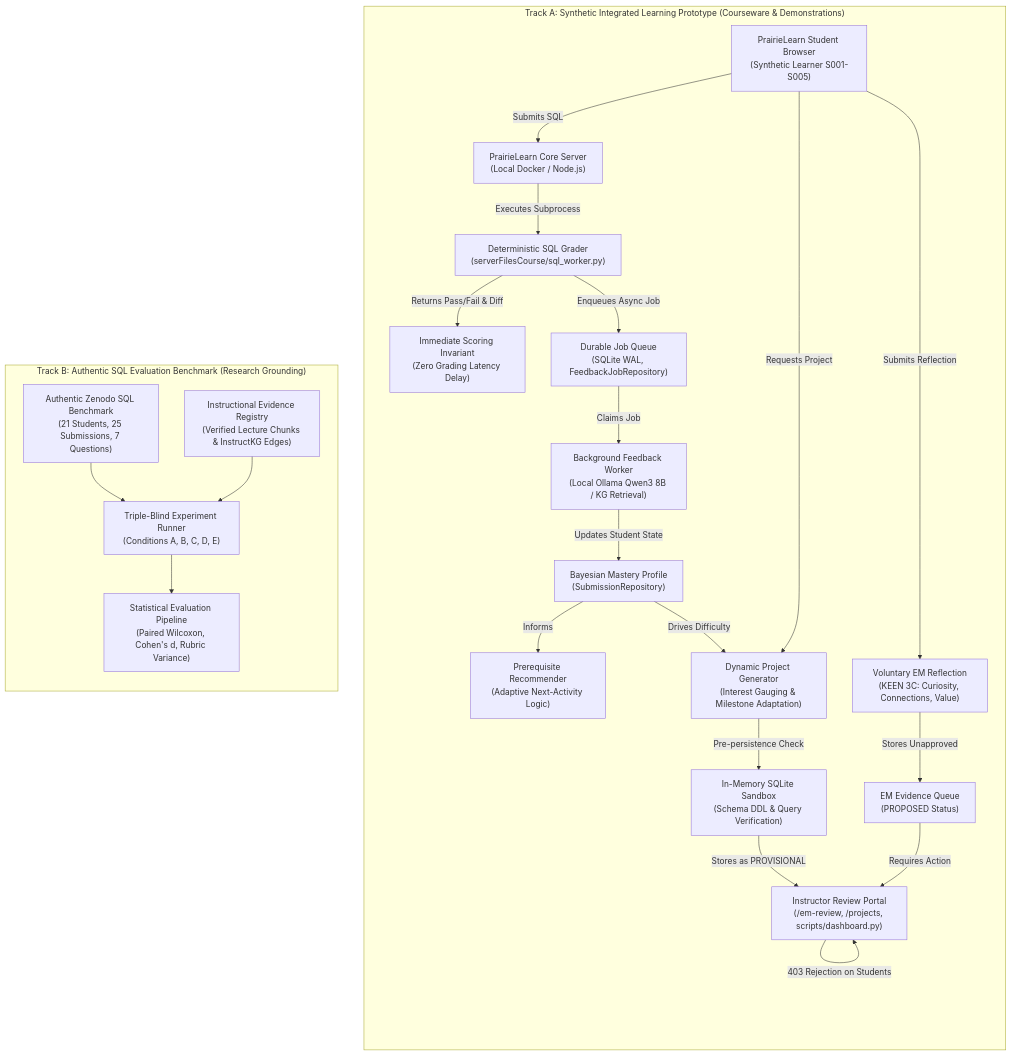
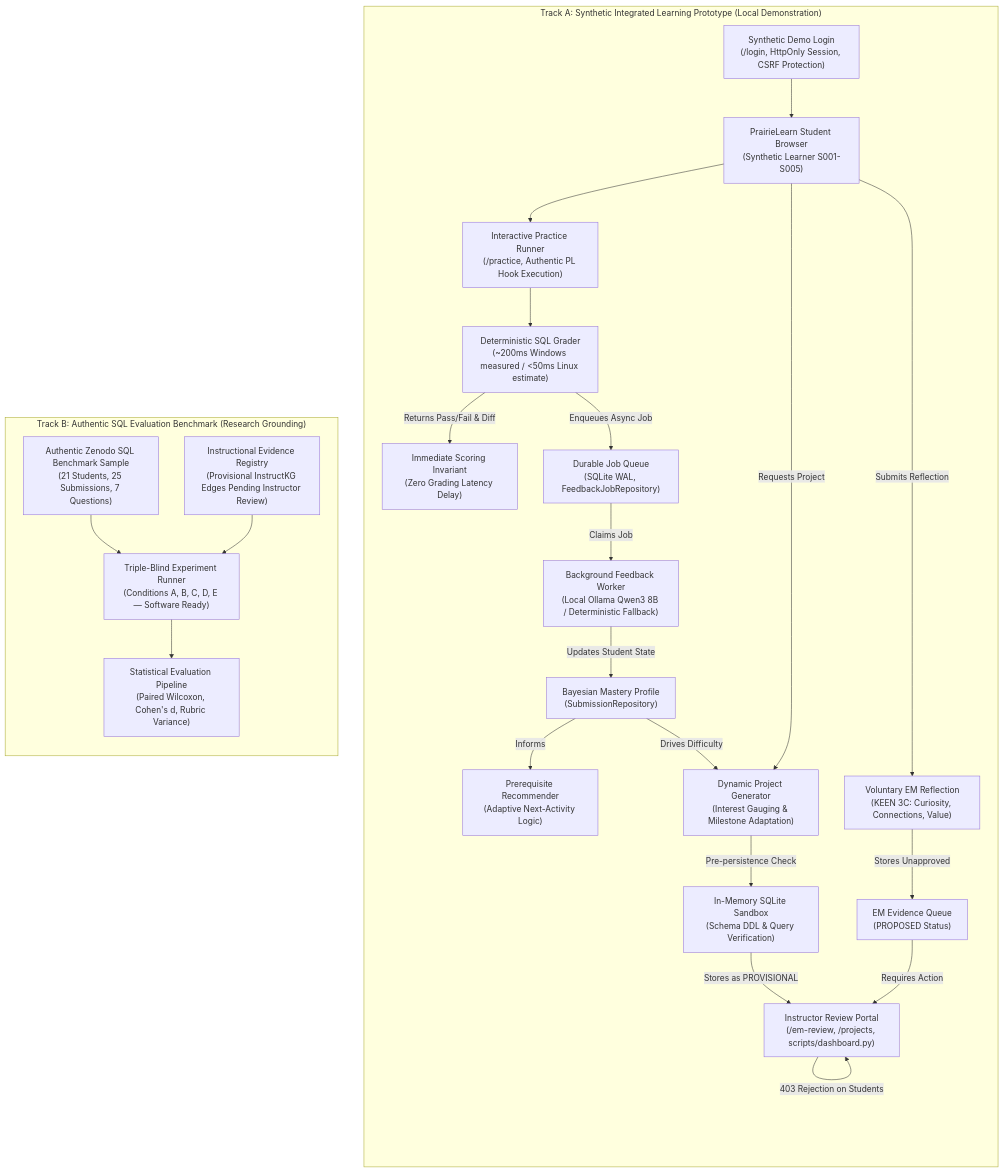
The diagram in docs/research/PROFESSOR_ALAWINI_MEETING_BRIEF.md (IanJ332/insructkg_sandbox), drawn with Mermaid before and after one commit. The commit also changed other lines of this file and 15 other files, not shown here.

````diff
--- a/docs/research/PROFESSOR_ALAWINI_MEETING_BRIEF.md
+++ b/docs/research/PROFESSOR_ALAWINI_MEETING_BRIEF.md
@@ -17,47 +18,49 @@
 ```mermaid
 flowchart TD
-    subgraph TrackA["Track A: Synthetic Integrated Learning Prototype (Courseware & Demonstrations)"]
+    subgraph TrackA["Track A: Synthetic Integrated Learning Prototype (Local Demonstration)"]
         direction TB
+        AuthPortal["Synthetic Demo Login<br/>(/login, HttpOnly Session, CSRF Protection)"]
         PLUI["PrairieLearn Student Browser<br/>(Synthetic Learner S001-S005)"]
-        PLServer["PrairieLearn Core Server<br/>(Local Docker / Node.js)"]
-        Grader["Deterministic SQL Grader<br/>(serverFilesCourse/sql_worker.py)"]
+        PracticeUI["Interactive Practice Runner<br/>(/practice, Authentic PL Hook Execution)"]
+        Grader["Deterministic SQL Grader<br/>(~200ms Windows measured / <50ms Linux estimate)"]
         ScoreStore["Immediate Scoring Invariant<br/>(Zero Grading Latency Delay)"]
         Queue["Durable Job Queue<br/>(SQLite WAL, FeedbackJobRepository)"]
-        Worker["Background Feedback Worker<br/>(Local Ollama Qwen3 8B / KG Retrieval)"]
+        Worker["Background Feedback Worker<br/>(Local Ollama Qwen3 8B / Deterministic Fallback)"]
         Profile["Bayesian Mastery Profile<br/>(SubmissionRepository)"]
         Recommender["Prerequisite Recommender<br/>(Adaptive Next-Activity Logic)"]
         EMForm["Voluntary EM Reflection<br/>(KEEN 3C: Curiosity, Connections, Value)"]
         EMQueue["EM Evidence Queue<br/>(PROPOSED Status)"]
         ReviewUI["Instructor Review Portal<br/>(/em-review, /projects, scripts/dashboard.py)"]
         ProjGen["Dynamic Project Generator<br/>(Interest Gauging & Milestone Adaptation)"]
         Sandbox["In-Memory SQLite Sandbox<br/>(Schema DDL & Query Verification)"]
 
-        PLUI -->|Submits SQL| PLServer
-        PLServer -->|Executes Subprocess| Grader
+        AuthPortal --> PLUI
+        PLUI --> PracticeUI
+        PracticeUI --> Grader
         Grader -->|Returns Pass/Fail & Diff| ScoreStore
         Grader -->|Enqueues Async Job| Queue
         Queue -->|Claims Job| Worker
         Worker -->|Updates Student State| Profile
         Profile -->|Informs| Recommender
         PLUI -->|Submits Reflection| EMForm
         EMForm -->|Stores Unapproved| EMQueue
         EMQueue -->|Requires Action| ReviewUI
         ReviewUI -->|403 Rejection on Students| ReviewUI
         PLUI -->|Requests Project| ProjGen
         Profile -->|Drives Difficulty| ProjGen
         ProjGen -->|Pre-persistence Check| Sandbox
         Sandbox -->|Stores as PROVISIONAL| ReviewUI
     end
 
     subgraph TrackB["Track B: Authentic SQL Evaluation Benchmark (Research Grounding)"]
         direction TB
-        ANUData["Authentic Zenodo SQL Benchmark<br/>(21 Students, 25 Submissions, 7 Questions)"]
-        Registry["Instructional Evidence Registry<br/>(Verified Lecture Chunks & InstructKG Edges)"]
-        Blinder["Triple-Blind Experiment Runner<br/>(Conditions A, B, C, D, E)"]
+        ANUData["Authentic Zenodo SQL Benchmark Sample<br/>(21 Students, 25 Submissions, 7 Questions)"]
+        Registry["Instructional Evidence Registry<br/>(Provisional InstructKG Edges Pending Instructor Review)"]
+        Blinder["Triple-Blind Experiment Runner<br/>(Conditions A, B, C, D, E — Software Ready)"]
         SciAudit["Statistical Evaluation Pipeline<br/>(Paired Wilcoxon, Cohen's d, Rubric Variance)"]
 
         ANUData --> Blinder
         Registry --> Blinder
         Blinder --> SciAudit
     end
 ```
````
